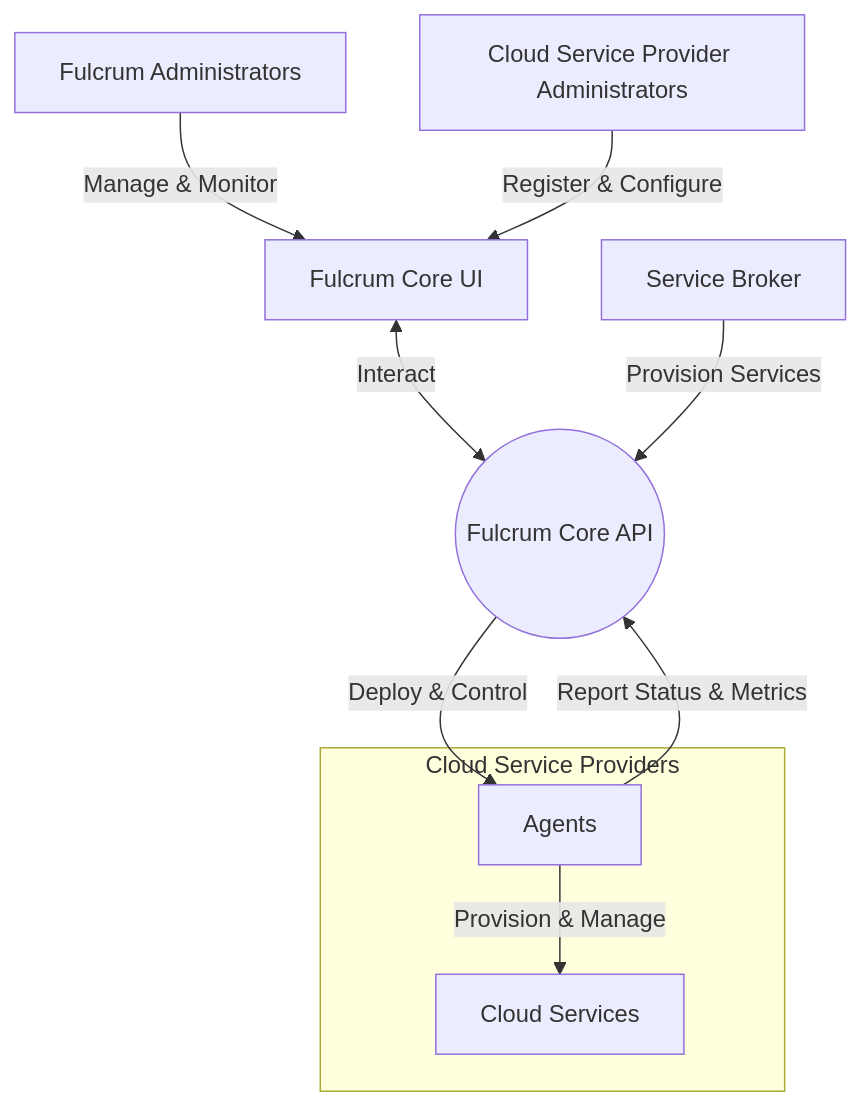
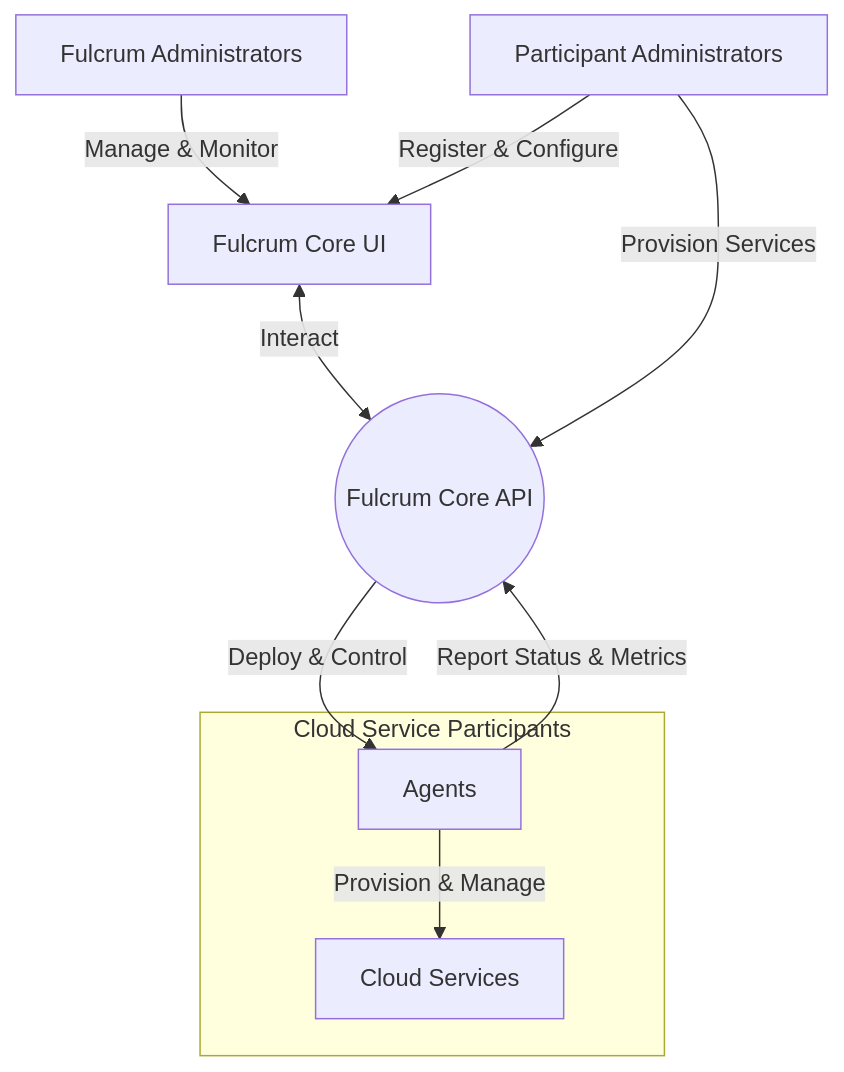
One commit to fulcrumproject/core changed the first of 6 diagrams in docs/DESIGN.md. Above: the diagram before and after it, drawn with Mermaid. The commit also changed other lines of this file and 2 other files, not shown here.

````diff
--- a/docs/DESIGN.md
+++ b/docs/DESIGN.md
@@ -29,23 +29,22 @@
 ```mermaid
 graph TB
     FC((Fulcrum Core API))
     UI[Fulcrum Core UI]
     FA[Fulcrum Administrators]
-    CSPA[Cloud Service Provider Administrators]
-    MP[Service Broker]
+    PA[Participant Administrators]
     
-    %% Cloud Service Providers containing Agents and Services
-    subgraph CSP[Cloud Service Providers]
+    %% Participants containing Agents and Services
+    subgraph PART[Cloud Service Participants]
         AG[Agents]
         SVC[Cloud Services]
     end
     
     %% Relationships
     FA -->|Manage & Monitor| UI
-    CSPA -->|Register & Configure| UI
+    PA -->|Register & Configure| UI
     UI <-->|Interact| FC
-    MP -->|Provision Services| FC
+    PA -->|Provision Services| FC
     FC -->|Deploy & Control| AG
     AG -->|Report Status & Metrics| FC
     AG -->|Provision & Manage| SVC
 ```
````
